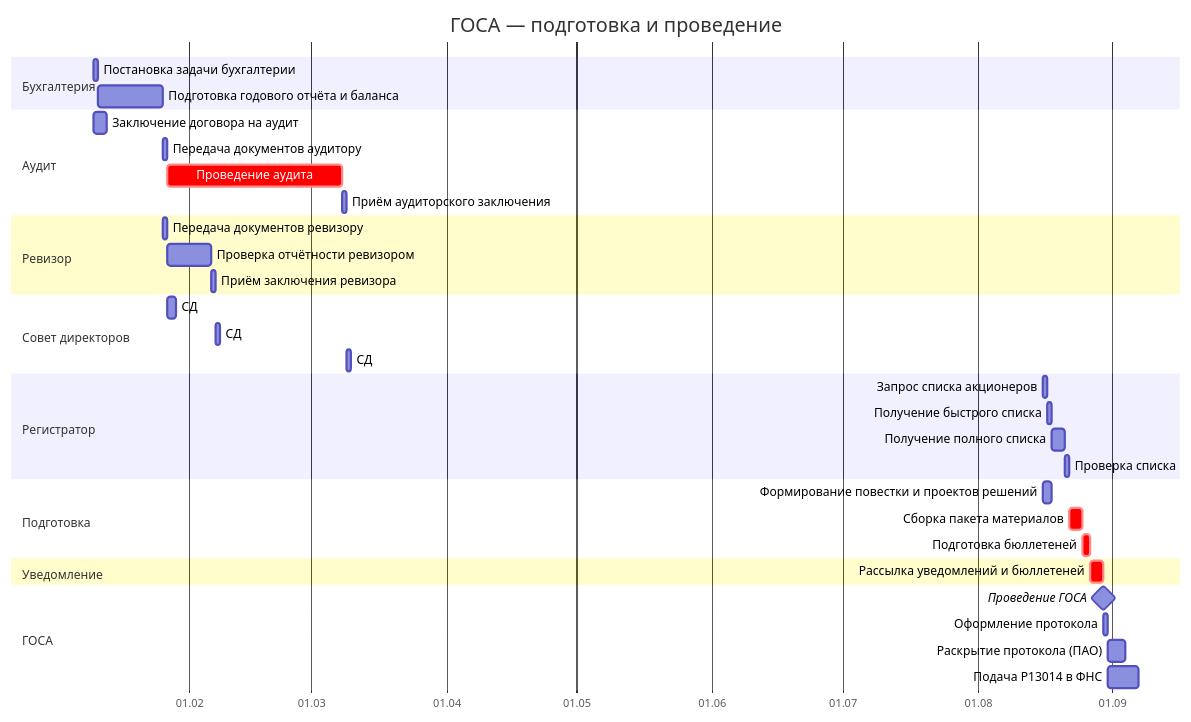
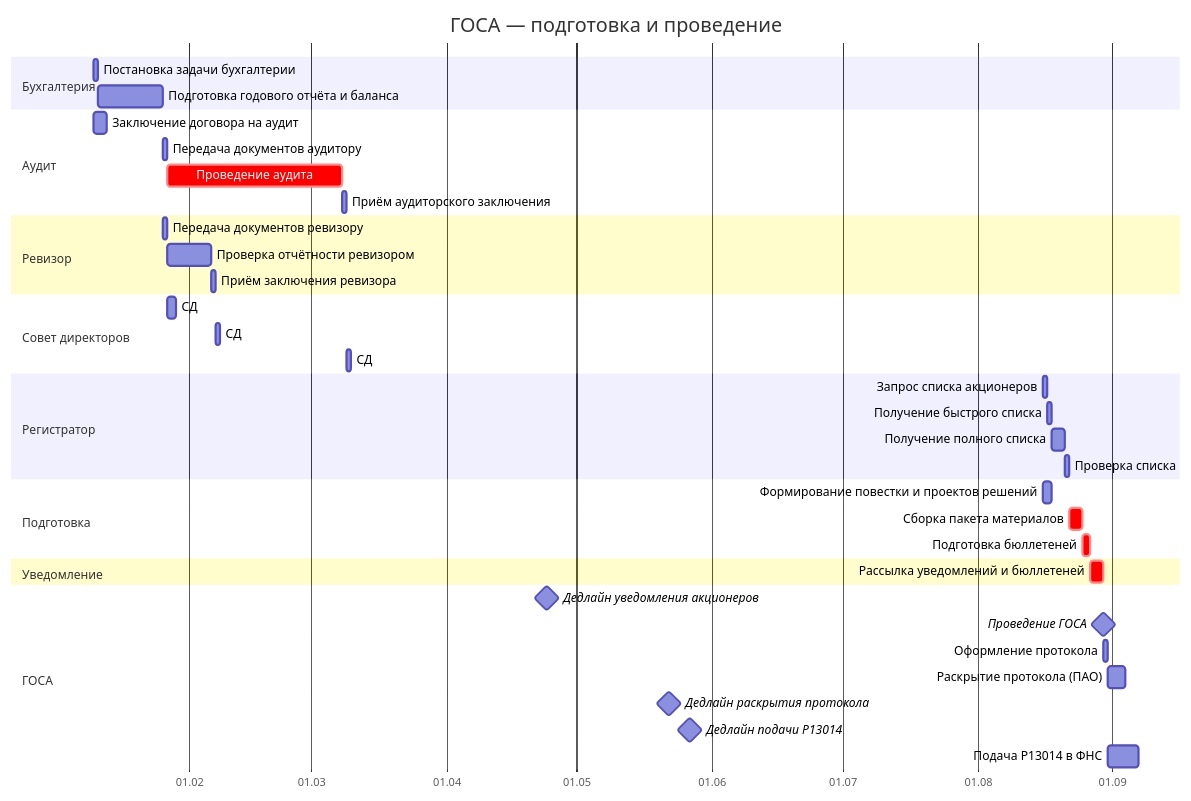
Before and after one commit to arsenyuk/SamorodinkaTech.Fiducia: the diagram in docs/domain/gosa-gantt.md, drawn with Mermaid. The commit also changed other lines of this file and 12 other files, not shown here.

First line of the commit message:
feat(gantt): add SS/FS/phase gates/integration milestones conventions

````diff
--- a/docs/domain/gosa-gantt.md
+++ b/docs/domain/gosa-gantt.md
@@ -102,46 +115,49 @@
 ```mermaid
 gantt
     title ГОСА — подготовка и проведение
     dateFormat  YYYY-MM-DD
     axisFormat  %d.%m
 
     section Бухгалтерия
     Постановка задачи бухгалтерии           :b1, 2026-01-10, 1d
     Подготовка годового отчёта и баланса    :b2, after b1, 15d
 
     section Аудит
     Заключение договора на аудит            :a1, 2026-01-10, 3d
     Передача документов аудитору            :a2, after b2, 1d
     Проведение аудита                       :crit, a3, after a2, 40d
     Приём аудиторского заключения           :a4, after a3, 1d
 
     section Ревизор
     Передача документов ревизору            :r1, after b2, 1d
     Проверка отчётности ревизором          :r2, after r1, 10d
     Приём заключения ревизора              :r3, after r2, 1d
 
     section Совет директоров
     СД: рассмотрение предложений акц.      :sd1, after a2, 2d
     СД: утверждение годового отчёта        :sd2, after r3, 1d
     СД: решение о созыве ГОСА               :sd3, after a4, 1d
 
     section Регистратор
     Запрос списка акционеров               :rg1, after sd3, 1d
     Получение быстрого списка              :rg2, after rg1, 1d
     Получение полного списка               :rg3, after rg2, 3d
     Проверка списка                        :rg4, after rg3, 1d
 
     section Подготовка
     Формирование повестки и проектов решений :p1, after sd3, 2d
     Сборка пакета материалов                :crit, p2, after rg4 p1, 3d
     Подготовка бюллетеней                   :crit, p3, after p2, 2d
 
     section Уведомление
     Рассылка уведомлений и бюллетеней       :crit, p4, after p3, 3d
 
     section ГОСА
+    Дедлайн уведомления акционеров            :milestone, kv1, 2026-04-24, 0d
     Проведение ГОСА                         :milestone, os1, after p4, 0d
     Оформление протокола                    :os2, after os1, 1d
     Раскрытие протокола (ПАО)              :os3, after os2, 4d
+    Дедлайн раскрытия протокола              :milestone, kv2, 2026-05-22, 0d
+    Дедлайн подачи Р13014                    :milestone, kv3, 2026-05-27, 0d
     Подача Р13014 в ФНС                    :os4, after os2, 7d
 ```
````
